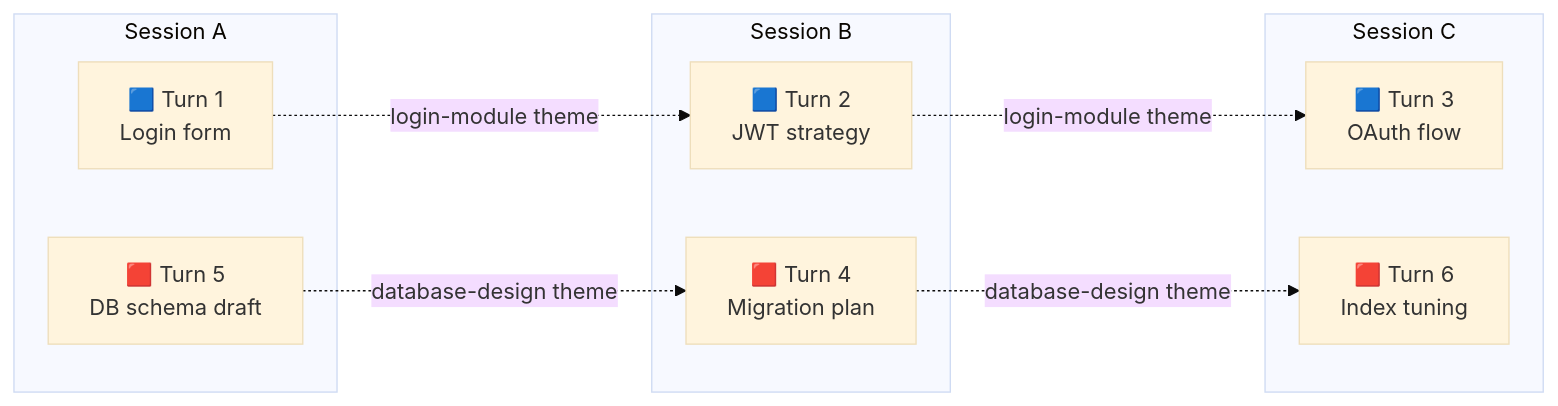
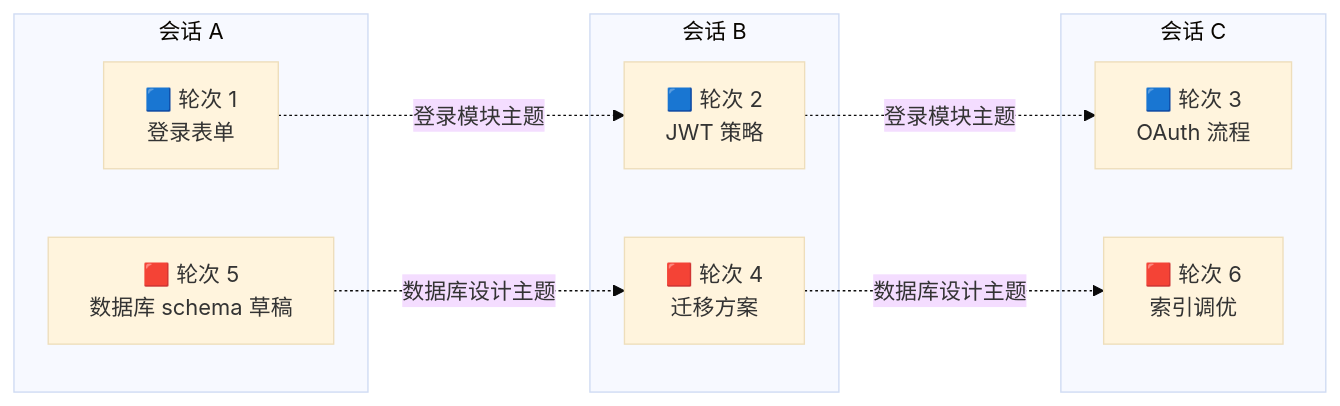
One commit to Zehee/kimi-code-memory-mcp-server changed the diagram in README.md. Above: the diagram before and after it, drawn with Mermaid. The commit also changed other lines of this file and 3 other files, not shown here.

````diff
--- a/README.md
+++ b/README.md
@@ -31,23 +31,23 @@
 ```mermaid
 %%{init: {'theme': 'base'}}%%
 flowchart LR
-    subgraph SessionA["Session A"]
-        A1["🟦 Turn 1<br/>Login form"]
-        A2["🟥 Turn 5<br/>DB schema draft"]
+    subgraph SessionA["会话 A"]
+        A1["🟦 轮次 1<br/>登录表单"]
+        A2["🟥 轮次 5<br/>数据库 schema 草稿"]
     end
 
-    subgraph SessionB["Session B"]
-        B1["🟦 Turn 2<br/>JWT strategy"]
-        B2["🟥 Turn 4<br/>Migration plan"]
+    subgraph SessionB["会话 B"]
+        B1["🟦 轮次 2<br/>JWT 策略"]
+        B2["🟥 轮次 4<br/>迁移方案"]
     end
 
-    subgraph SessionC["Session C"]
-        C1["🟦 Turn 3<br/>OAuth flow"]
-        C2["🟥 Turn 6<br/>Index tuning"]
+    subgraph SessionC["会话 C"]
+        C1["🟦 轮次 3<br/>OAuth 流程"]
+        C2["🟥 轮次 6<br/>索引调优"]
     end
 
-    A1 -. "login-module theme" .-> B1
-    B1 -. "login-module theme" .-> C1
-    A2 -. "database-design theme" .-> B2
-    B2 -. "database-design theme" .-> C2
+    A1 -. "登录模块主题" .-> B1
+    B1 -. "登录模块主题" .-> C1
+    A2 -. "数据库设计主题" .-> B2
+    B2 -. "数据库设计主题" .-> C2
 ```
````
